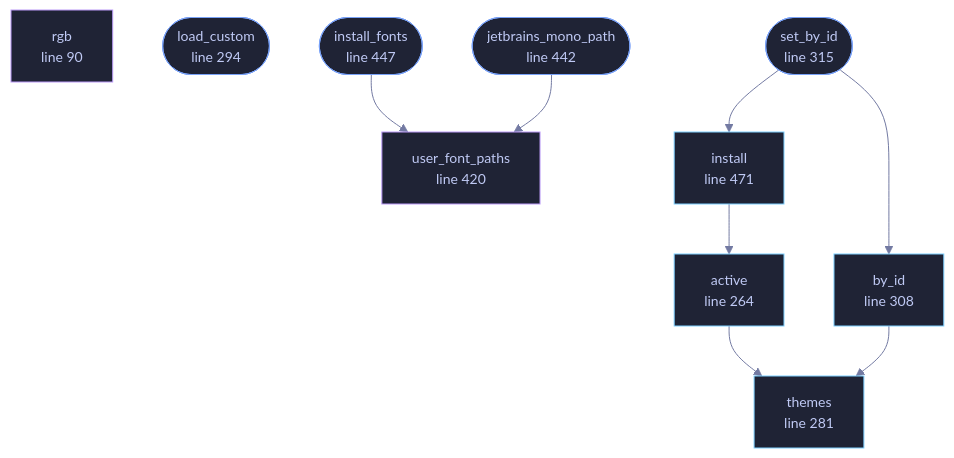
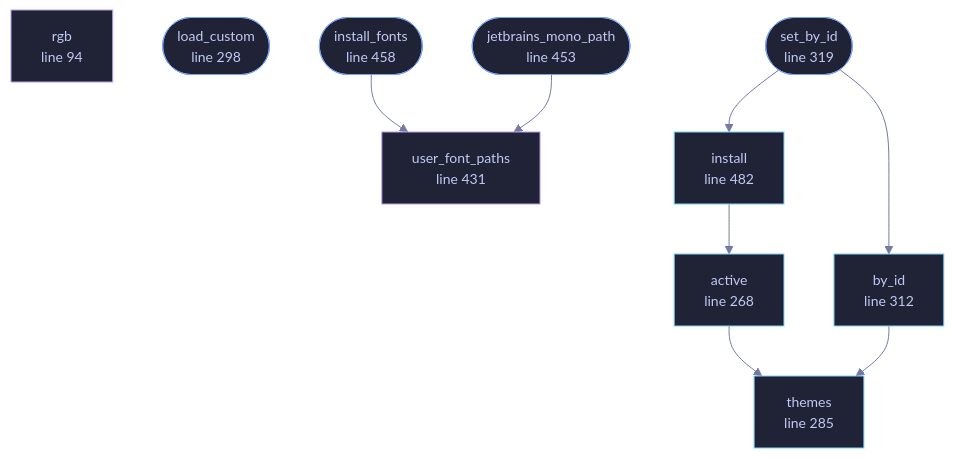
One commit to tilas01/veilvoice changed the diagram in docs/files/veilvoice-gui/theme.md. Above: the diagram before and after it, drawn with Mermaid. The commit also changed other lines of this file and 96 other files, not shown here.

````diff
--- a/docs/files/veilvoice-gui/theme.md
+++ b/docs/files/veilvoice-gui/theme.md
@@ -97,37 +97,37 @@
 ```mermaid
 %%{init: {"theme":"base","themeVariables":{"background":"#1a1b26","primaryColor":"#1f2335","primaryTextColor":"#c0caf5","primaryBorderColor":"#7aa2f7","secondaryColor":"#16161e","tertiaryColor":"#16161e","lineColor":"#737aa2","textColor":"#c0caf5","mainBkg":"#1f2335","nodeBorder":"#7aa2f7","clusterBkg":"#16161e","clusterBorder":"#2f3549","fontFamily":"ui-monospace, SFMono-Regular, Consolas, monospace","fontSize":"14px"}}}%%
 flowchart TD
-    n_rgb["rgb<br/>line 90"]
-    n_active["active<br/>line 264"]
-    n_themes["themes<br/>line 281"]
-    n_load_custom(["load_custom<br/>line 294"])
-    n_by_id["by_id<br/>line 308"]
-    n_set_by_id(["set_by_id<br/>line 315"])
-    n_user_font_paths["user_font_paths<br/>line 420"]
-    n_jetbrains_mono_path(["jetbrains_mono_path<br/>line 442"])
-    n_install_fonts(["install_fonts<br/>line 447"])
-    n_install["install<br/>line 471"]
+    n_rgb["rgb<br/>line 94"]
+    n_active["active<br/>line 268"]
+    n_themes["themes<br/>line 285"]
+    n_load_custom(["load_custom<br/>line 298"])
+    n_by_id["by_id<br/>line 312"]
+    n_set_by_id(["set_by_id<br/>line 319"])
+    n_user_font_paths["user_font_paths<br/>line 431"]
+    n_jetbrains_mono_path(["jetbrains_mono_path<br/>line 453"])
+    n_install_fonts(["install_fonts<br/>line 458"])
+    n_install["install<br/>line 482"]
     n_active --> n_themes
     n_by_id --> n_themes
     n_install --> n_active
     n_install_fonts --> n_user_font_paths
     n_jetbrains_mono_path --> n_user_font_paths
     n_set_by_id --> n_by_id
     n_set_by_id --> n_install
-    click n_rgb href "https://github.com/tilas01/veilvoice/blob/main/crates/veilvoice-gui/src/theme.rs#L90" "open the source"
-    click n_active href "https://github.com/tilas01/veilvoice/blob/main/crates/veilvoice-gui/src/theme.rs#L264" "open the source"
-    click n_themes href "https://github.com/tilas01/veilvoice/blob/main/crates/veilvoice-gui/src/theme.rs#L281" "open the source"
-    click n_load_custom href "https://github.com/tilas01/veilvoice/blob/main/crates/veilvoice-gui/src/theme.rs#L294" "open the source"
-    click n_by_id href "https://github.com/tilas01/veilvoice/blob/main/crates/veilvoice-gui/src/theme.rs#L308" "open the source"
-    click n_set_by_id href "https://github.com/tilas01/veilvoice/blob/main/crates/veilvoice-gui/src/theme.rs#L315" "open the source"
-    click n_user_font_paths href "https://github.com/tilas01/veilvoice/blob/main/crates/veilvoice-gui/src/theme.rs#L420" "open the source"
-    click n_jetbrains_mono_path href "https://github.com/tilas01/veilvoice/blob/main/crates/veilvoice-gui/src/theme.rs#L442" "open the source"
-    click n_install_fonts href "https://github.com/tilas01/veilvoice/blob/main/crates/veilvoice-gui/src/theme.rs#L447" "open the source"
-    click n_install href "https://github.com/tilas01/veilvoice/blob/main/crates/veilvoice-gui/src/theme.rs#L471" "open the source"
+    click n_rgb href "https://github.com/tilas01/veilvoice/blob/main/crates/veilvoice-gui/src/theme.rs#L94" "open the source"
+    click n_active href "https://github.com/tilas01/veilvoice/blob/main/crates/veilvoice-gui/src/theme.rs#L268" "open the source"
+    click n_themes href "https://github.com/tilas01/veilvoice/blob/main/crates/veilvoice-gui/src/theme.rs#L285" "open the source"
+    click n_load_custom href "https://github.com/tilas01/veilvoice/blob/main/crates/veilvoice-gui/src/theme.rs#L298" "open the source"
+    click n_by_id href "https://github.com/tilas01/veilvoice/blob/main/crates/veilvoice-gui/src/theme.rs#L312" "open the source"
+    click n_set_by_id href "https://github.com/tilas01/veilvoice/blob/main/crates/veilvoice-gui/src/theme.rs#L319" "open the source"
+    click n_user_font_paths href "https://github.com/tilas01/veilvoice/blob/main/crates/veilvoice-gui/src/theme.rs#L431" "open the source"
+    click n_jetbrains_mono_path href "https://github.com/tilas01/veilvoice/blob/main/crates/veilvoice-gui/src/theme.rs#L453" "open the source"
+    click n_install_fonts href "https://github.com/tilas01/veilvoice/blob/main/crates/veilvoice-gui/src/theme.rs#L458" "open the source"
+    click n_install href "https://github.com/tilas01/veilvoice/blob/main/crates/veilvoice-gui/src/theme.rs#L482" "open the source"
     classDef entry fill:#1f2335,stroke:#7aa2f7,color:#c0caf5
     class n_load_custom,n_set_by_id,n_jetbrains_mono_path,n_install_fonts entry
     classDef api fill:#1f2335,stroke:#7dcfff,color:#c0caf5
     class n_active,n_themes,n_by_id,n_install api
     classDef helper fill:#1f2335,stroke:#bb9af7,color:#c0caf5
     class n_rgb,n_user_font_paths helper
 ```
````
